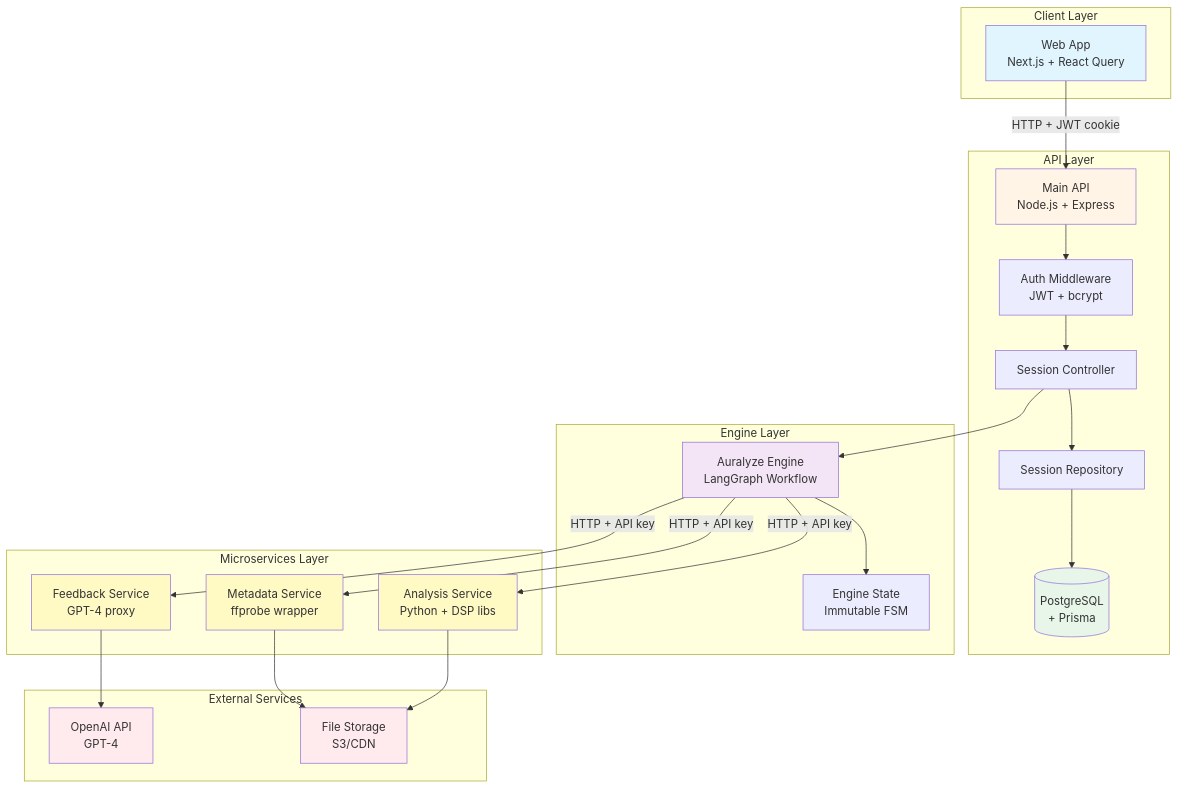
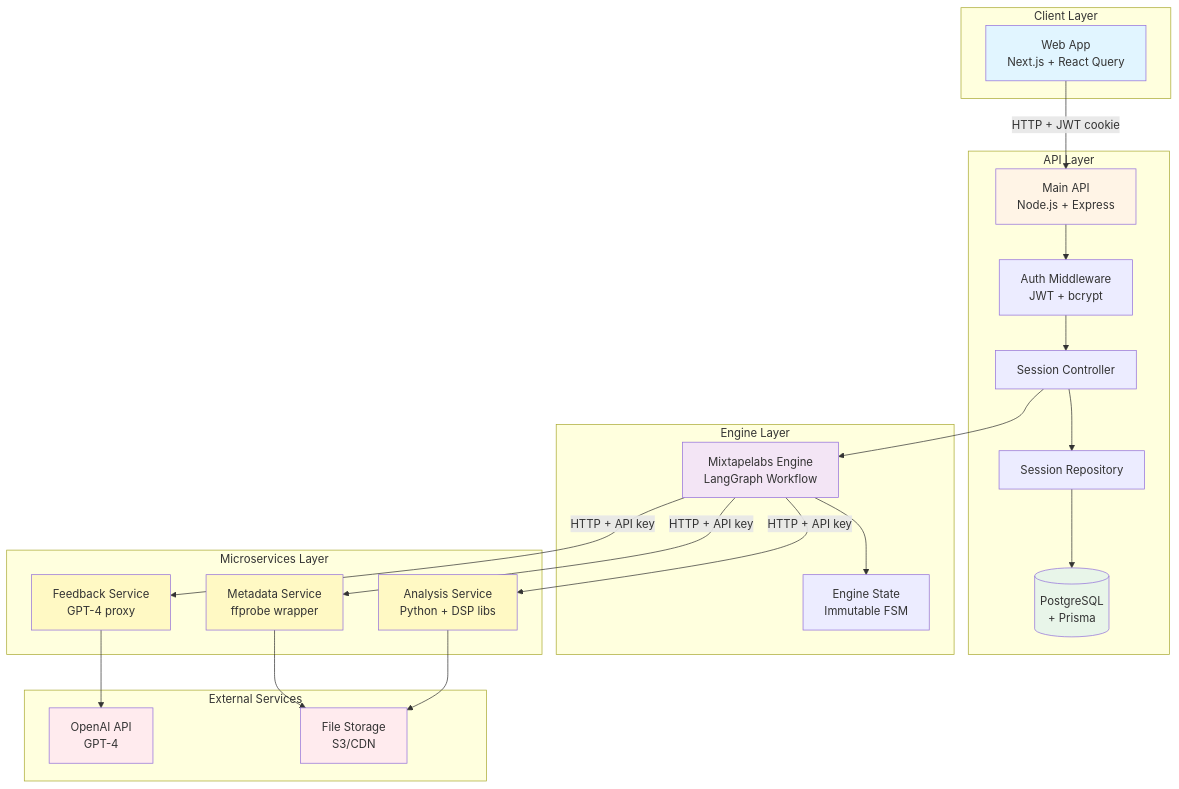
Before and after one commit to auralyze/docs: the diagram in guide/architecture/system-overview.md, drawn with Mermaid. The commit also changed other lines of this file and 28 other files, not shown here.

Commit message:
Refactor documentation and code references from Auralyze to Mixtapelabs

````diff
--- a/guide/architecture/system-overview.md
+++ b/guide/architecture/system-overview.md
@@ -7,56 +7,56 @@
 ```mermaid
 graph TB
     subgraph "Client Layer"
         Web[Web App<br/>Next.js + React Query]
     end
 
     subgraph "API Layer"
         API[Main API<br/>Node.js + Express]
         Auth[Auth Middleware<br/>JWT + bcrypt]
         SessionCtrl[Session Controller]
         SessionRepo[Session Repository]
         DB[(PostgreSQL<br/>+ Prisma)]
     end
 
     subgraph "Engine Layer"
-        Engine[Auralyze Engine<br/>LangGraph Workflow]
+        Engine[Mixtapelabs Engine<br/>LangGraph Workflow]
         EngineState[Engine State<br/>Immutable FSM]
     end
 
     subgraph "Microservices Layer"
         Metadata[Metadata Service<br/>ffprobe wrapper]
         Analysis[Analysis Service<br/>Python + DSP libs]
         Feedback[Feedback Service<br/>GPT-4 proxy]
     end
 
     subgraph "External Services"
         OpenAI[OpenAI API<br/>GPT-4]
         CDN[File Storage<br/>S3/CDN]
     end
 
     Web -->|HTTP + JWT cookie| API
     API --> Auth
     Auth --> SessionCtrl
     SessionCtrl --> Engine
     SessionCtrl --> SessionRepo
     SessionRepo --> DB
 
     Engine --> EngineState
     Engine -->|HTTP + API key| Metadata
     Engine -->|HTTP + API key| Analysis
     Engine -->|HTTP + API key| Feedback
 
     Metadata --> CDN
     Analysis --> CDN
     Feedback --> OpenAI
 
     style Web fill:#e1f5ff
     style API fill:#fff4e6
     style Engine fill:#f3e5f5
     style DB fill:#e8f5e9
     style Metadata fill:#fff9c4
     style Analysis fill:#fff9c4
     style Feedback fill:#fff9c4
     style OpenAI fill:#ffebee
     style CDN fill:#ffebee
 ```
````
